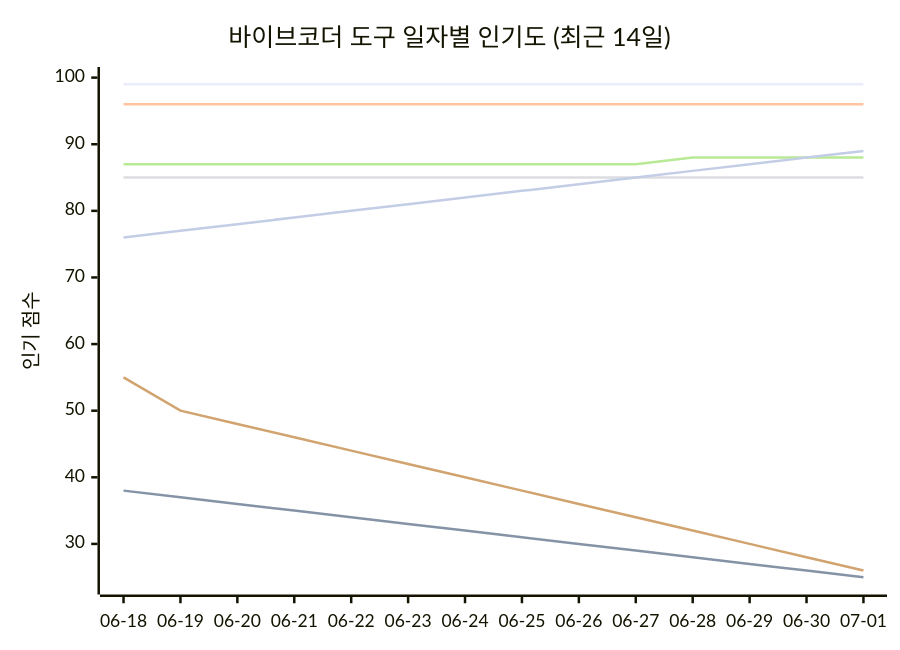
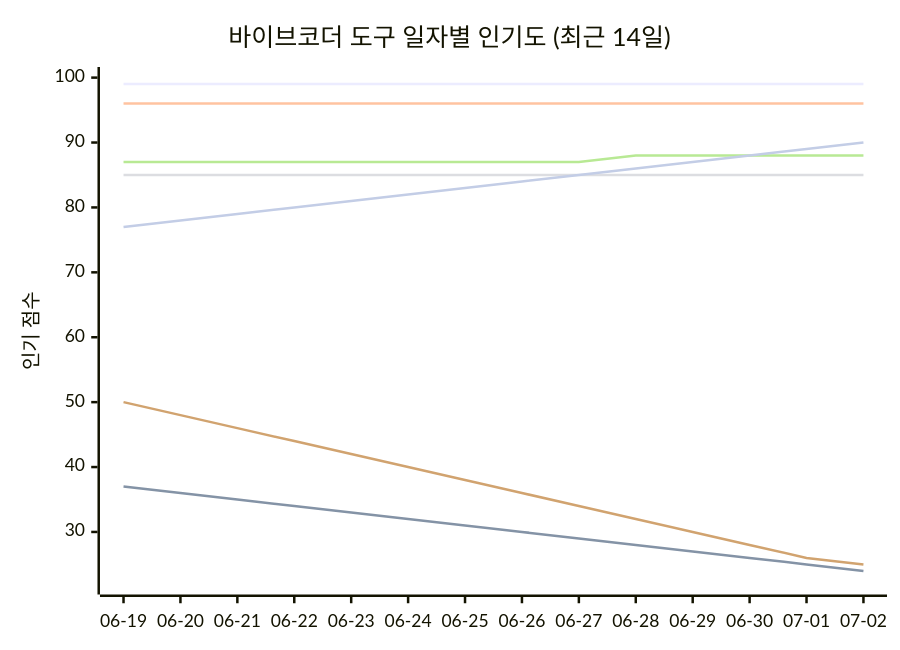
The seventh of 11 diagrams in README_ko.md (tykimos/ai-whatchelin), drawn with Mermaid before and after one commit. The commit also changed other lines of this file and 4 other files, not shown here.

````diff
--- a/README_ko.md
+++ b/README_ko.md
@@ -1763,13 +1774,13 @@
 ```mermaid
 xychart-beta
     title "바이브코더 도구 일자별 인기도 (최근 14일)"
-    x-axis ["06-18", "06-19", "06-20", "06-21", "06-22", "06-23", "06-24", "06-25", "06-26", "06-27", "06-28", "06-29", "06-30", "07-01"]
-    y-axis "인기 점수" 24 --> 100
+    x-axis ["06-19", "06-20", "06-21", "06-22", "06-23", "06-24", "06-25", "06-26", "06-27", "06-28", "06-29", "06-30", "07-01", "07-02"]
+    y-axis "인기 점수" 22 --> 100
     line "Claude Code" [99, 99, 99, 99, 99, 99, 99, 99, 99, 99, 99, 99, 99, 99]
-    line "GH Copilot" [38, 37, 36, 35, 34, 33, 32, 31, 30, 29, 28, 27, 26, 25]
+    line "GH Copilot" [37, 36, 35, 34, 33, 32, 31, 30, 29, 28, 27, 26, 25, 24]
     line "Cursor" [96, 96, 96, 96, 96, 96, 96, 96, 96, 96, 96, 96, 96, 96]
     line "Windsurf" [85, 85, 85, 85, 85, 85, 85, 85, 85, 85, 85, 85, 85, 85]
-    line "Codex CLI" [87, 87, 87, 87, 87, 87, 87, 87, 87, 87, 88, 88, 88, 88]
-    line "Gemini CLI" [55, 50, 48, 46, 44, 42, 40, 38, 36, 34, 32, 30, 28, 26]
-    line "Antigravity" [76, 77, 78, 79, 80, 81, 82, 83, 84, 85, 86, 87, 88, 89]
+    line "Codex CLI" [87, 87, 87, 87, 87, 87, 87, 87, 87, 88, 88, 88, 88, 88]
+    line "Gemini CLI" [50, 48, 46, 44, 42, 40, 38, 36, 34, 32, 30, 28, 26, 25]
+    line "Antigravity" [77, 78, 79, 80, 81, 82, 83, 84, 85, 86, 87, 88, 89, 90]
 ```
````
